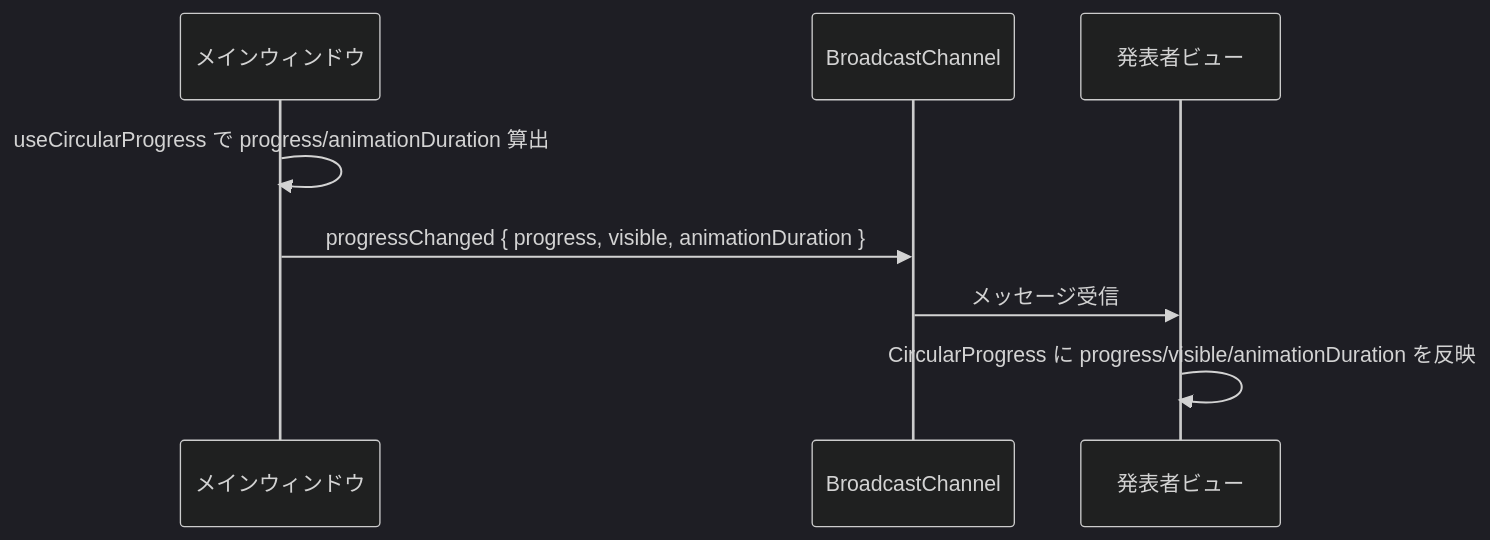
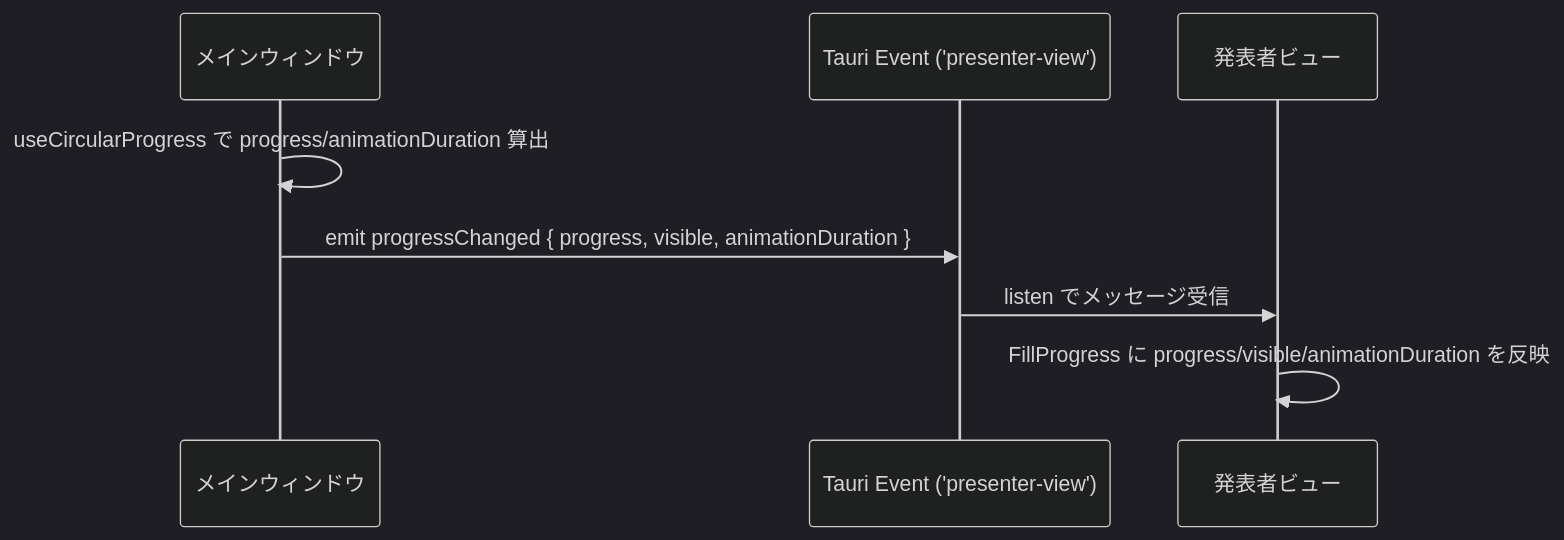
The third of 3 diagrams in .sdd/specification/auto-scroll-progress-bar_spec.md (ToshikiImagawa/slide-presentation-app), drawn with Mermaid (dark theme) before and after one commit. The commit also changed other lines of this file and 31 other files, not shown here.

````diff
--- a/.sdd/specification/auto-scroll-progress-bar_spec.md
+++ b/.sdd/specification/auto-scroll-progress-bar_spec.md
@@ -204,10 +238,10 @@
 ```mermaid
 sequenceDiagram
     participant Main as メインウィンドウ
-    participant BC as BroadcastChannel
+    participant EV as Tauri Event ('presenter-view')
     participant PV as 発表者ビュー
     Main ->> Main: useCircularProgress で progress/animationDuration 算出
-    Main ->> BC: progressChanged { progress, visible, animationDuration }
-    BC ->> PV: メッセージ受信
-    PV ->> PV: CircularProgress に progress/visible/animationDuration を反映
+    Main ->> EV: emit progressChanged { progress, visible, animationDuration }
+    EV ->> PV: listen でメッセージ受信
+    PV ->> PV: FillProgress に progress/visible/animationDuration を反映
 ```
````
